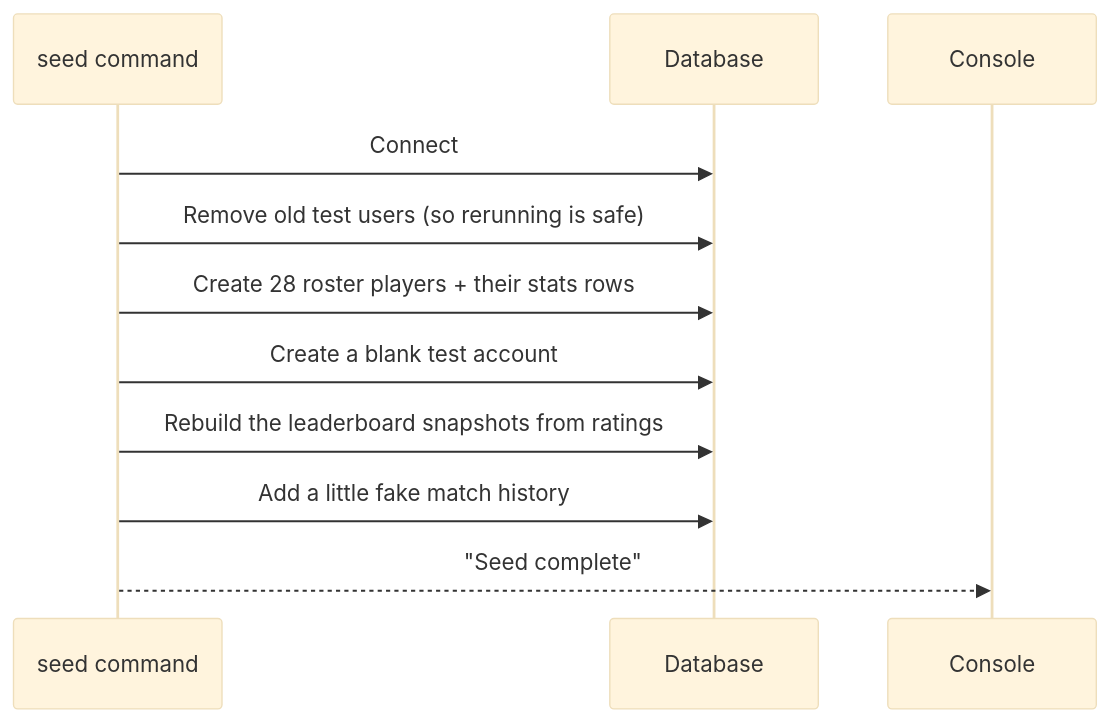
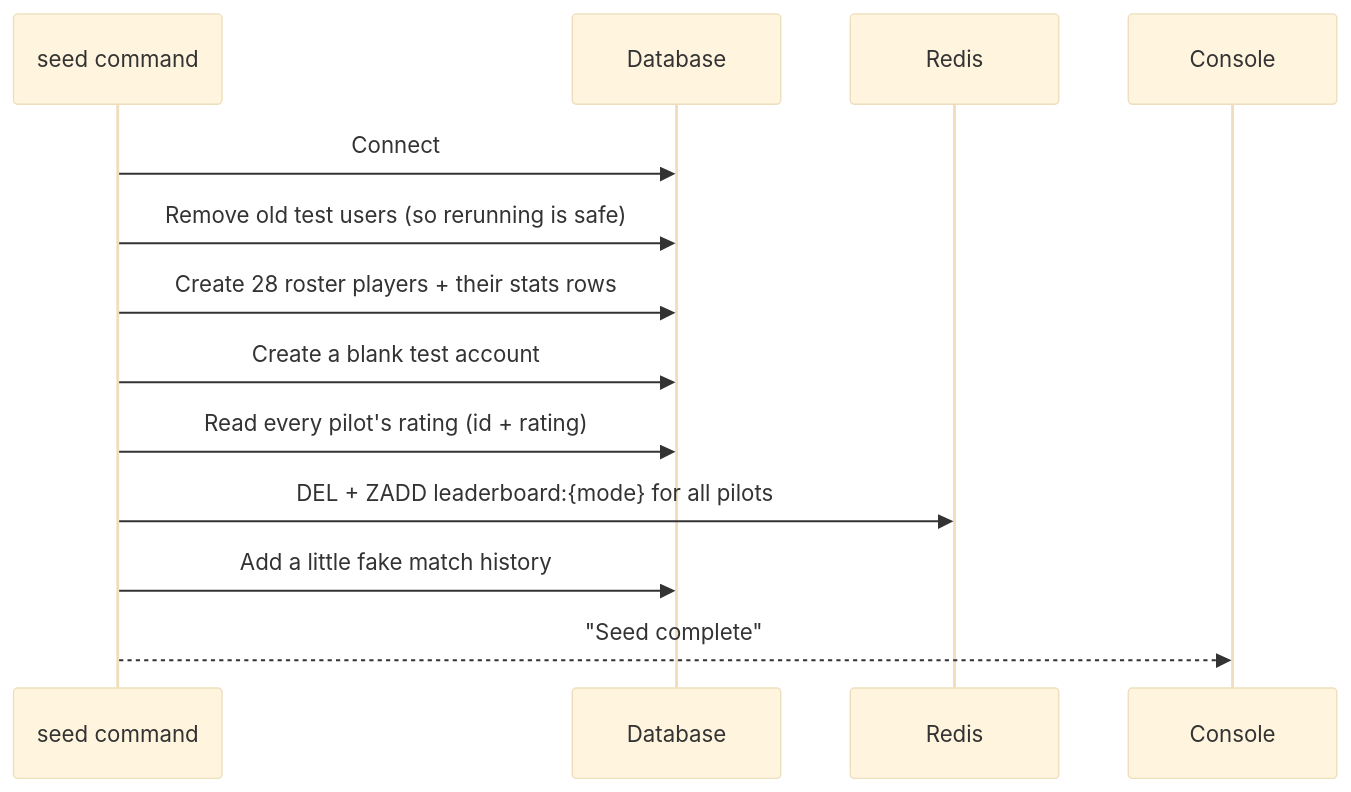
Before and after one commit to JaxzTan/ft_transcendence: the diagram in docs/backend/backend-seeding-system.md, drawn with Mermaid (base theme). The commit also changed other lines of this file and 14 other files, not shown here.

````diff
--- a/docs/backend/backend-seeding-system.md
+++ b/docs/backend/backend-seeding-system.md
@@ -101,13 +101,15 @@
 ```mermaid
 sequenceDiagram
     participant Command as seed command
     participant DB as Database
+    participant Redis as Redis
 
     Command->>DB: Connect
     Command->>DB: Remove old test users (so rerunning is safe)
     Command->>DB: Create 28 roster players + their stats rows
     Command->>DB: Create a blank test account
-    Command->>DB: Rebuild the leaderboard snapshots from ratings
+    Command->>DB: Read every pilot's rating (id + rating)
+    Command->>Redis: DEL + ZADD leaderboard:{mode} for all pilots
     Command->>DB: Add a little fake match history
     Command-->>Console: "Seed complete"
 ```
````
